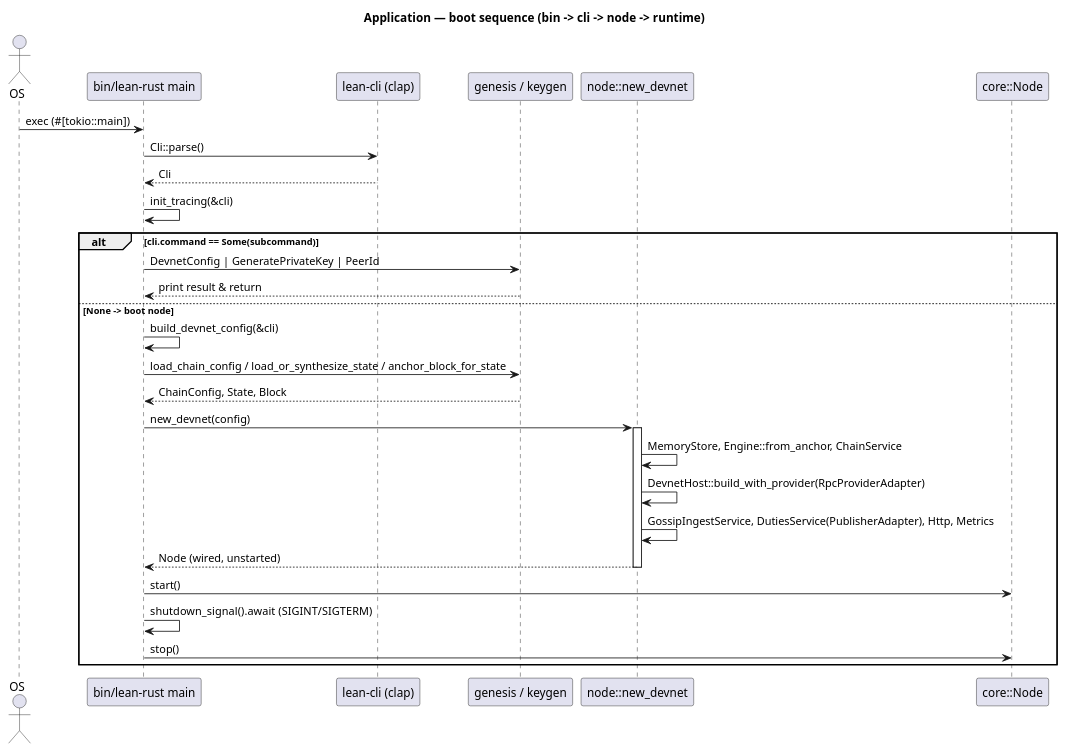
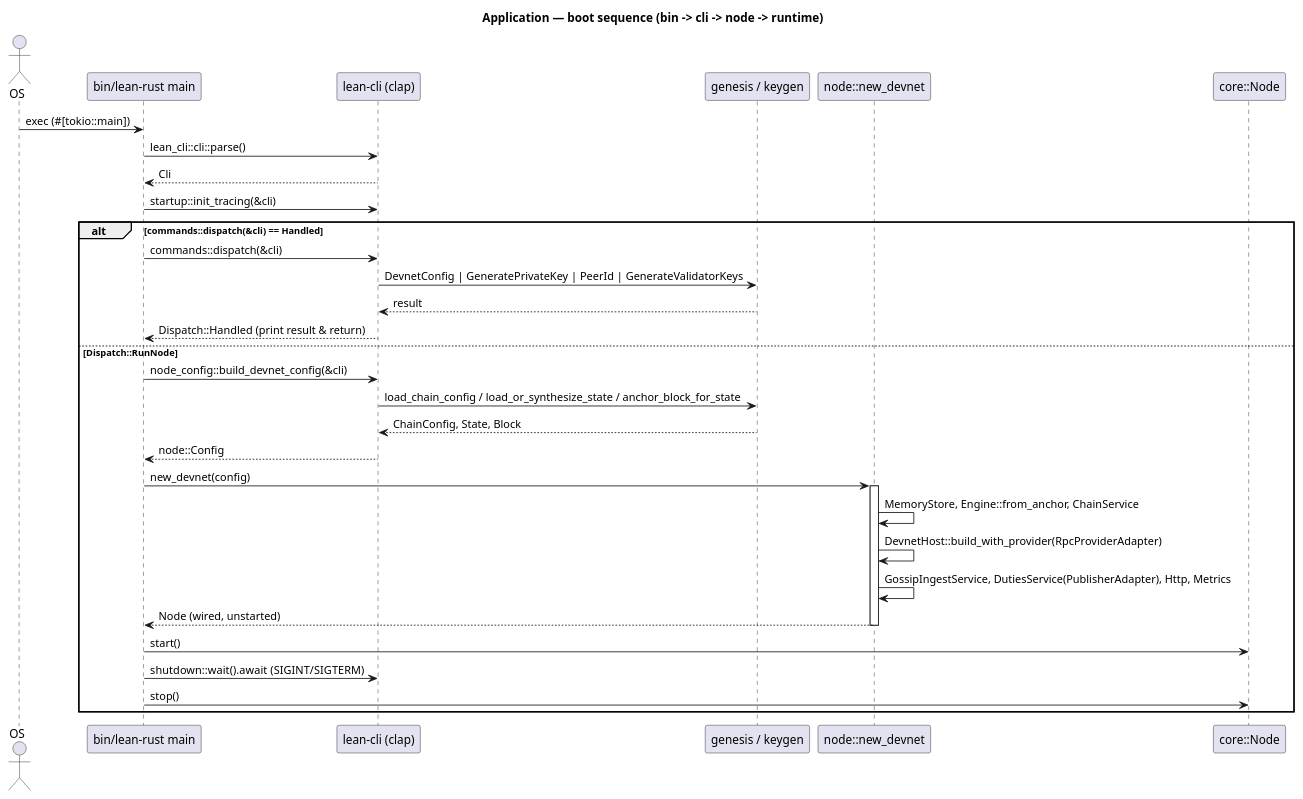
The diagram in docs/architecture/diagrams/application-seq-boot.puml (cyberbono3/lean-rust), drawn with PlantUML before and after one commit. The commit also changed 24 other files, not shown here.

```diff
--- a/docs/architecture/diagrams/application-seq-boot.puml
+++ b/docs/architecture/diagrams/application-seq-boot.puml
@@ -1,35 +1,38 @@
 @startuml application-seq-boot
 title Application — boot sequence (bin -> cli -> node -> runtime)
 
 actor OS
 participant "bin/lean-rust main" as Main
 participant "lean-cli (clap)" as Cli
 participant "genesis / keygen" as Gen
 participant "node::new_devnet" as Devnet
 participant "core::Node" as Node
 
 OS -> Main : exec (#[tokio::main])
-Main -> Cli : Cli::parse()
+Main -> Cli : lean_cli::cli::parse()
 Cli --> Main : Cli
-Main -> Main : init_tracing(&cli)
+Main -> Cli : startup::init_tracing(&cli)
 
-alt cli.command == Some(subcommand)
-  Main -> Gen : DevnetConfig | GeneratePrivateKey | PeerId
-  Gen --> Main : print result & return
-else None -> boot node
-  Main -> Main : build_devnet_config(&cli)
-  Main -> Gen : load_chain_config / load_or_synthesize_state / anchor_block_for_state
-  Gen --> Main : ChainConfig, State, Block
+alt commands::dispatch(&cli) == Handled
+  Main -> Cli : commands::dispatch(&cli)
+  Cli -> Gen : DevnetConfig | GeneratePrivateKey | PeerId | GenerateValidatorKeys
+  Gen --> Cli : result
+  Cli --> Main : Dispatch::Handled (print result & return)
+else Dispatch::RunNode
+  Main -> Cli : node_config::build_devnet_config(&cli)
+  Cli -> Gen : load_chain_config / load_or_synthesize_state / anchor_block_for_state
+  Gen --> Cli : ChainConfig, State, Block
+  Cli --> Main : node::Config
   Main -> Devnet : new_devnet(config)
   activate Devnet
   Devnet -> Devnet : MemoryStore, Engine::from_anchor, ChainService
   Devnet -> Devnet : DevnetHost::build_with_provider(RpcProviderAdapter)
   Devnet -> Devnet : GossipIngestService, DutiesService(PublisherAdapter), Http, Metrics
   Devnet --> Main : Node (wired, unstarted)
   deactivate Devnet
   Main -> Node : start()
-  Main -> Main : shutdown_signal().await  (SIGINT/SIGTERM)
+  Main -> Cli : shutdown::wait().await  (SIGINT/SIGTERM)
   Main -> Node : stop()
 end
 
 @enduml
```
